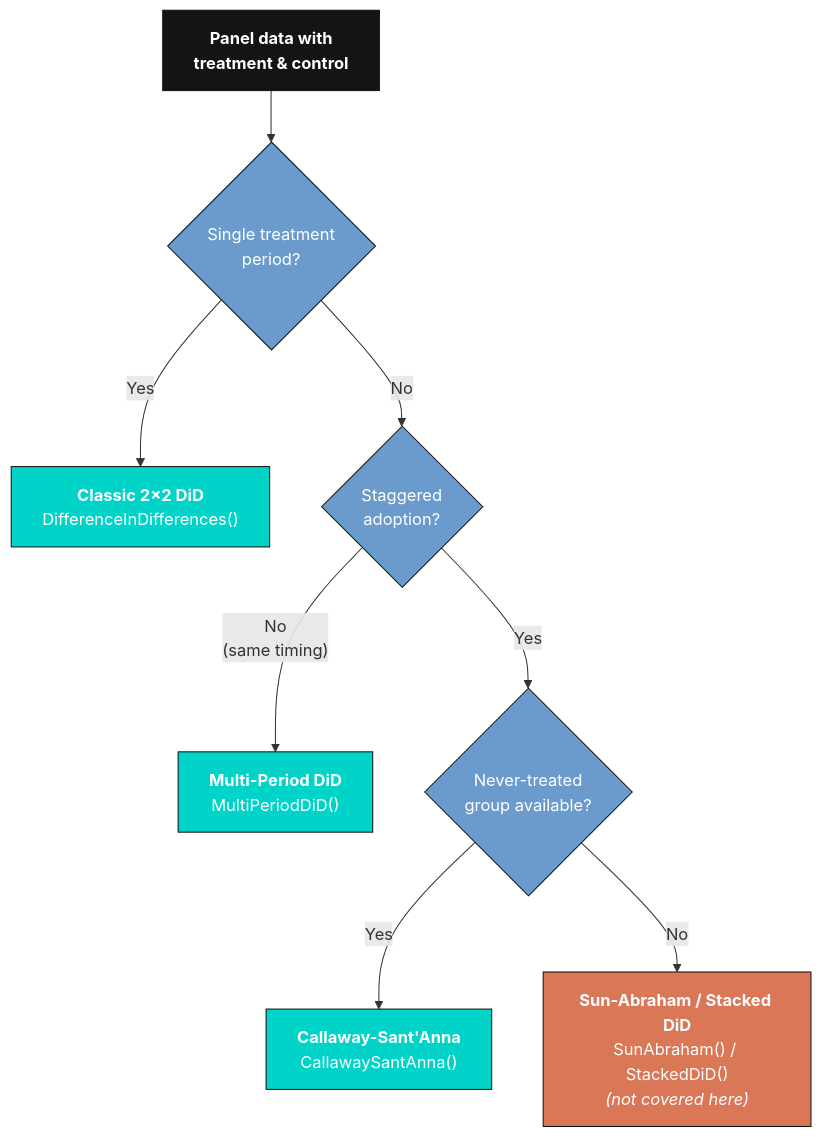
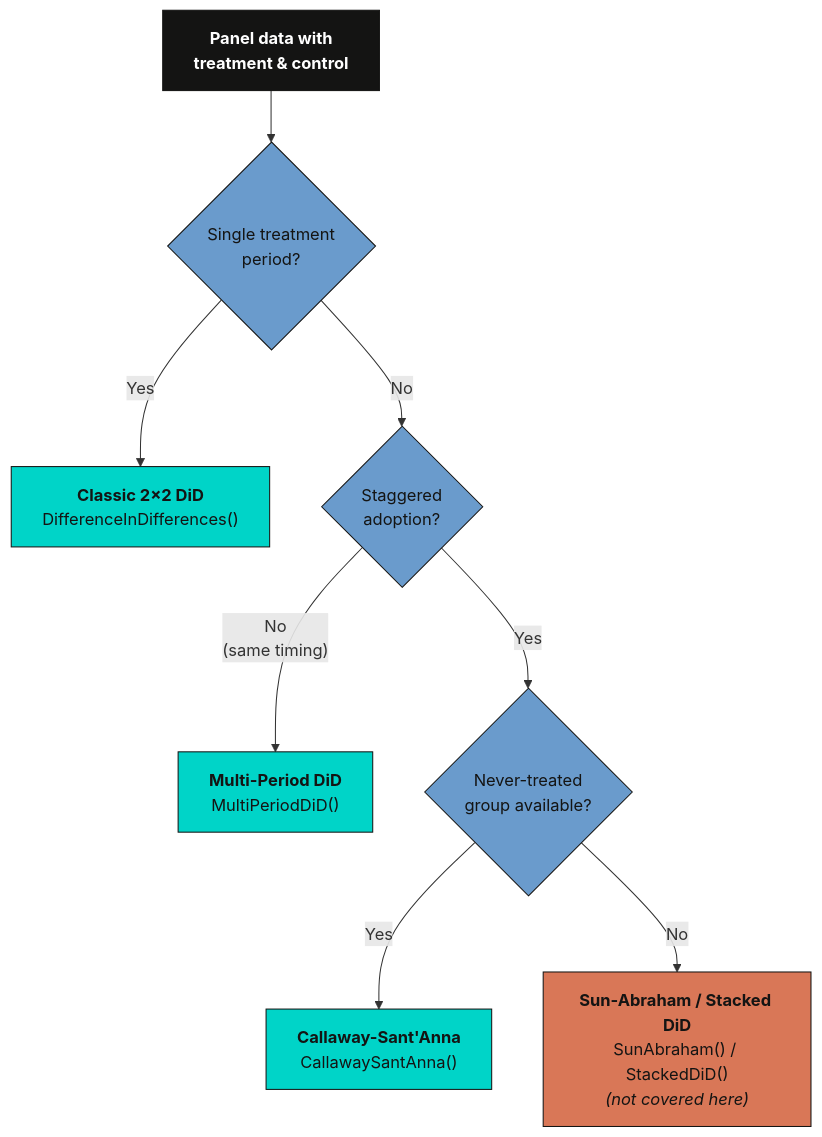
One commit to cmg777/starter-academic-v501 changed the second of 2 diagrams in content/post/python_did/index.md. Above: the diagram before and after it, drawn with Mermaid. The commit also changed other lines of this file and 67 other files, not shown here.

First line of the commit message:
fix(mermaid): readable diagram text in both themes across the site

````diff
--- a/content/post/python_did/index.md
+++ b/content/post/python_did/index.md
@@ -1255,19 +1255,22 @@
 ```mermaid
 graph TD
     A["<b>Panel data with<br/>treatment & control</b>"] --> B{"Single treatment<br/>period?"}
     B -->|Yes| C["<b>Classic 2×2 DiD</b><br/>DifferenceInDifferences()"]
     B -->|No| D{"Staggered<br/>adoption?"}
     D -->|"No<br/>(same timing)"| E["<b>Multi-Period DiD</b><br/>MultiPeriodDiD()"]
     D -->|Yes| F{"Never-treated<br/>group available?"}
     F -->|Yes| G["<b>Callaway-Sant'Anna</b><br/>CallawaySantAnna()"]
     F -->|No| H["<b>Sun-Abraham / Stacked DiD</b><br/>SunAbraham() / StackedDiD()<br/><i>(not covered here)</i>"]
 
     style A fill:#141413,stroke:#141413,color:#fff
-    style B fill:#6a9bcc,stroke:#141413,color:#fff
-    style C fill:#00d4c8,stroke:#141413,color:#fff
-    style D fill:#6a9bcc,stroke:#141413,color:#fff
-    style E fill:#00d4c8,stroke:#141413,color:#fff
-    style F fill:#6a9bcc,stroke:#141413,color:#fff
-    style G fill:#00d4c8,stroke:#141413,color:#fff
-    style H fill:#d97757,stroke:#141413,color:#fff
+    classDef sty_B fill:#6a9bcc,stroke:#141413,color:#141413
+    class B sty_B
+    style C fill:#00d4c8,stroke:#141413,color:#141413
+    classDef sty_D fill:#6a9bcc,stroke:#141413,color:#141413
+    class D sty_D
+    style E fill:#00d4c8,stroke:#141413,color:#141413
+    classDef sty_F fill:#6a9bcc,stroke:#141413,color:#141413
+    class F sty_F
+    style G fill:#00d4c8,stroke:#141413,color:#141413
+    style H fill:#d97757,stroke:#141413,color:#141413
 ```
````
